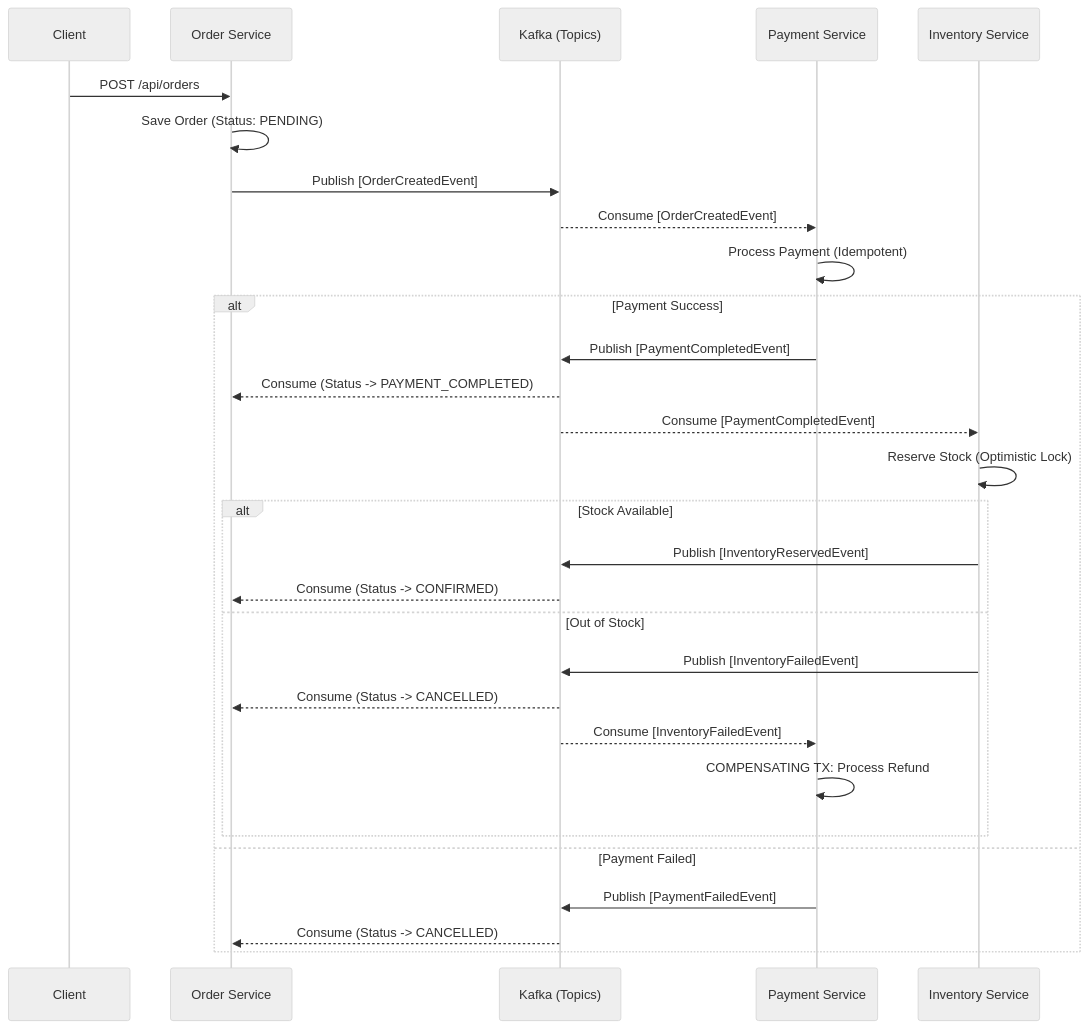
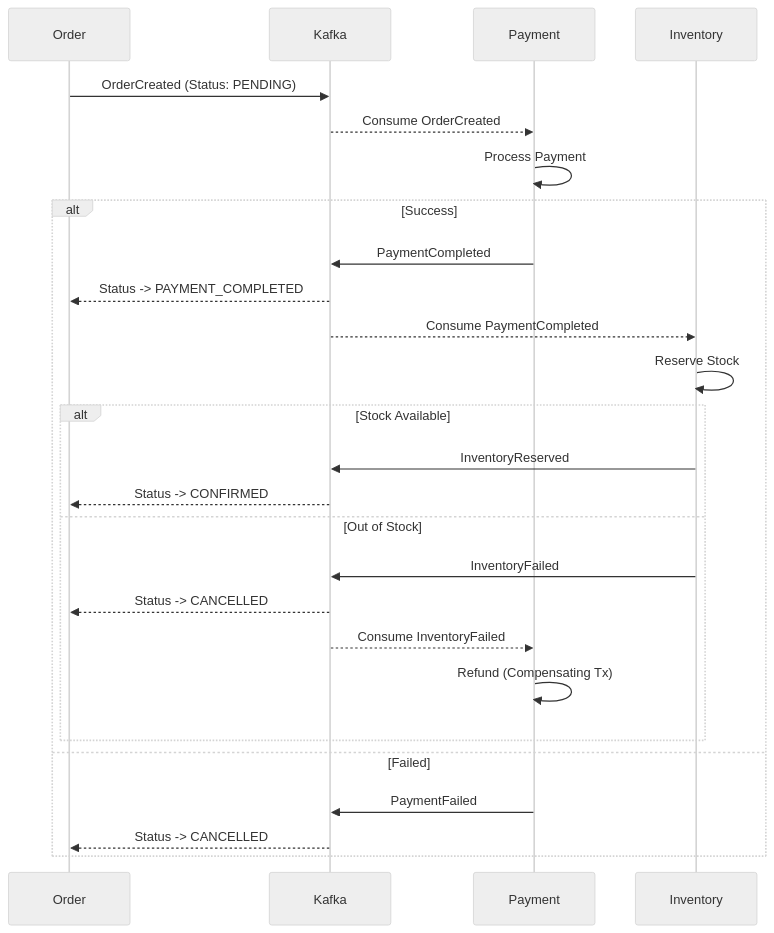
The second of 2 diagrams in README.md (DHEERAJGUDALA/ecommerce-microservice), drawn with Mermaid (neutral theme) before and after one commit. The commit also changed other lines of this file, not shown here.

Commit message:
docs: simplify and improve readability of Mermaid diagrams

````diff
--- a/README.md
+++ b/README.md
@@ -70,37 +64,33 @@
 ```mermaid
 sequenceDiagram
-    participant C as Client
-    participant OS as Order Service
-    participant K as Kafka (Topics)
-    participant PS as Payment Service
-    participant IS as Inventory Service
+    participant OS as Order
+    participant K as Kafka
+    participant PS as Payment
+    participant IS as Inventory
     
-    C->>OS: POST /api/orders
-    OS->>OS: Save Order (Status: PENDING)
-    OS->>K: Publish [OrderCreatedEvent]
+    OS->>K: OrderCreated (Status: PENDING)
+    K-->>PS: Consume OrderCreated
+    PS->>PS: Process Payment
     
-    K-->>PS: Consume [OrderCreatedEvent]
-    PS->>PS: Process Payment (Idempotent)
-    
-    alt Payment Success
-        PS->>K: Publish [PaymentCompletedEvent]
-        K-->>OS: Consume (Status -> PAYMENT_COMPLETED)
-        K-->>IS: Consume [PaymentCompletedEvent]
+    alt Success
+        PS->>K: PaymentCompleted
+        K-->>OS: Status -> PAYMENT_COMPLETED
+        K-->>IS: Consume PaymentCompleted
         
-        IS->>IS: Reserve Stock (Optimistic Lock)
+        IS->>IS: Reserve Stock
         
         alt Stock Available
-            IS->>K: Publish [InventoryReservedEvent]
-            K-->>OS: Consume (Status -> CONFIRMED)
+            IS->>K: InventoryReserved
+            K-->>OS: Status -> CONFIRMED
         else Out of Stock
-            IS->>K: Publish [InventoryFailedEvent]
-            K-->>OS: Consume (Status -> CANCELLED)
-            K-->>PS: Consume [InventoryFailedEvent]
-            PS->>PS: COMPENSATING TX: Process Refund
+            IS->>K: InventoryFailed
+            K-->>OS: Status -> CANCELLED
+            K-->>PS: Consume InventoryFailed
+            PS->>PS: Refund (Compensating Tx)
         end
         
-    else Payment Failed
-        PS->>K: Publish [PaymentFailedEvent]
-        K-->>OS: Consume (Status -> CANCELLED)
+    else Failed
+        PS->>K: PaymentFailed
+        K-->>OS: Status -> CANCELLED
     end
 ```
````
